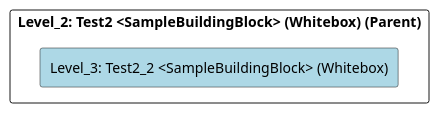
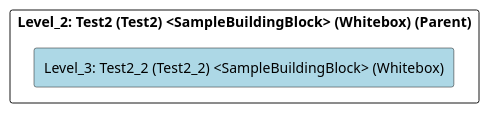
One commit to marcozwyssig/cleon changed the diagram in src/cleon.architecturemethods.arc42.sample/doc/cleon_architecturemethods_arc42_sample_arc42/adoc/en/05_building_block_view/chess/test2/test2_2/level_3_test2_2.adoc. Above: the diagram before and after it, drawn with PlantUML. The commit also changed other lines of this file and 166 other files, not shown here.

```diff
--- a/src/cleon.architecturemethods.arc42.sample/doc/cleon_architecturemethods_arc42_sample_arc42/adoc/en/05_building_block_view/chess/test2/test2_2/level_3_test2_2.adoc
+++ b/src/cleon.architecturemethods.arc42.sample/doc/cleon_architecturemethods_arc42_sample_arc42/adoc/en/05_building_block_view/chess/test2/test2_2/level_3_test2_2.adoc
@@ -20,24 +20,24 @@
-[plantuml, Level_3: Test2_2 <SampleBuildingBlock> (Whitebox)BlockOverview, format="svg"]
+[plantuml, Level_3: Test2_2 (Test2_2) <SampleBuildingBlock> (Whitebox)BlockOverview, format="svg"]
 ----
-@startuml Level_3: Test2_2 <SampleBuildingBlock> (Whitebox)BuildingBlockOverview
+@startuml Level_3: Test2_2 (Test2_2) <SampleBuildingBlock> (Whitebox)BuildingBlockOverview
 
 skinparam ranksep 10
 skinparam componentStyle rectangle
 skinparam shadowing false
 skinparam arrowColor lightblue
 skinparam arrowThickness 1.2
 skinparam rectangle {
   BackgroundColor White
   BorderColor #333
   RoundCorner 10
 }
 top to bottom direction
 
-component "Level_2: Test2 <SampleBuildingBlock> (Whitebox) (Parent)" {
-    component "Level_3: Test2_2 <SampleBuildingBlock> (Whitebox)" #lightblue {
+component "Level_2: Test2 (Test2) <SampleBuildingBlock> (Whitebox) (Parent)" {
+    component "Level_3: Test2_2 (Test2_2) <SampleBuildingBlock> (Whitebox)" #lightblue {
     }
 
 }
 
 @enduml
 ----
```
